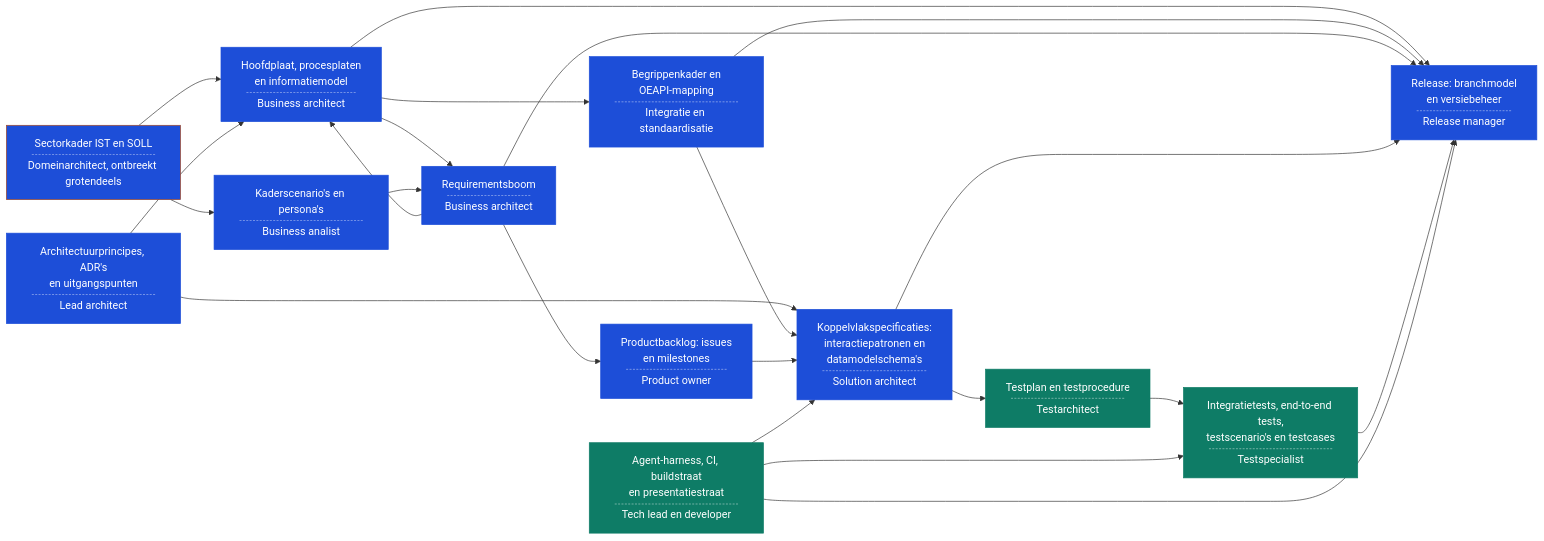
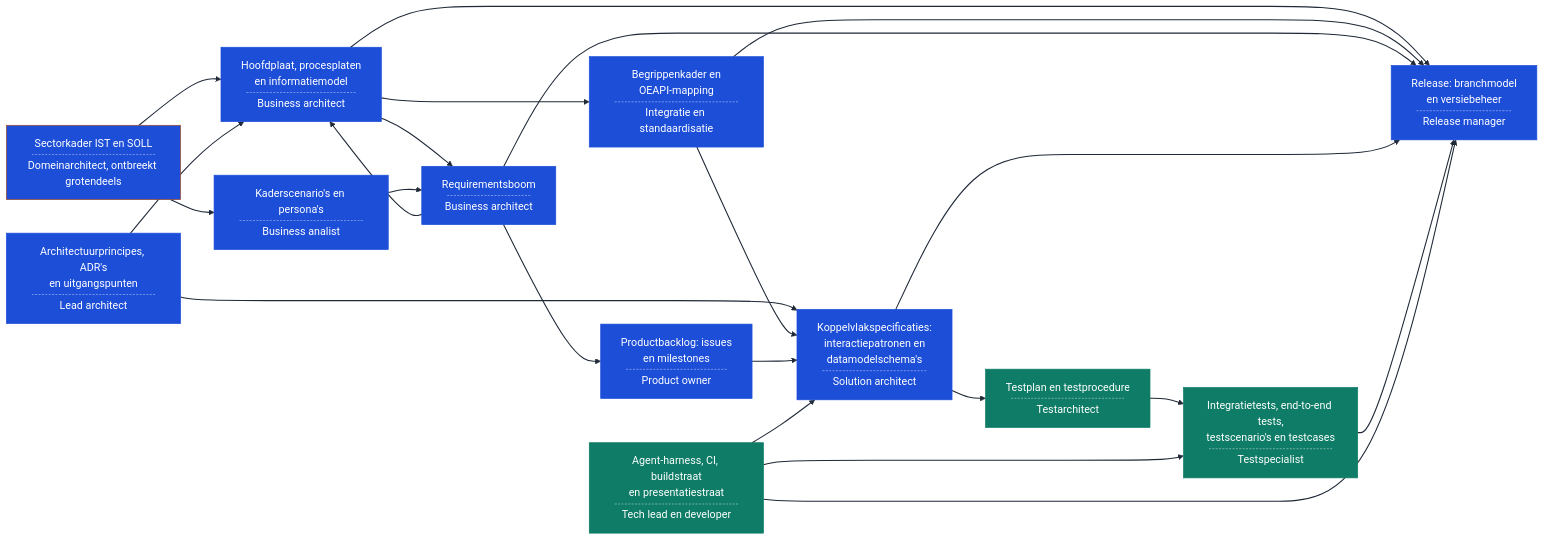
One commit to Npuls-OKx/meta changed the second of 6 diagrams in presentaties/src/260903_rollen.md. Above: the diagram before and after it, drawn with Mermaid. The commit also changed other lines of this file, not shown here.

````diff
--- a/presentaties/src/260903_rollen.md
+++ b/presentaties/src/260903_rollen.md
@@ -265,42 +265,43 @@
 ```mermaid
 flowchart LR
   SK["Sectorkader IST en SOLL<hr style="border:none;border-top:1px dashed currentColor;opacity:0.6;margin:4px 8px">Domeinarchitect, ontbreekt grotendeels"]
   AP["Architectuurprincipes, ADR's<br/>en uitgangspunten<hr style="border:none;border-top:1px dashed currentColor;opacity:0.6;margin:4px 8px">Lead architect"]
   HP["Hoofdplaat, procesplaten<br/>en informatiemodel<hr style="border:none;border-top:1px dashed currentColor;opacity:0.6;margin:4px 8px">Business architect"]
   KS["Kaderscenario's en persona's<hr style="border:none;border-top:1px dashed currentColor;opacity:0.6;margin:4px 8px">Business analist"]
   BK["Begrippenkader en<br/>OEAPI-mapping<hr style="border:none;border-top:1px dashed currentColor;opacity:0.6;margin:4px 8px">Integratie en standaardisatie"]
   RB["Requirementsboom<hr style="border:none;border-top:1px dashed currentColor;opacity:0.6;margin:4px 8px">Business architect"]
   PB["Productbacklog: issues<br/>en milestones<hr style="border:none;border-top:1px dashed currentColor;opacity:0.6;margin:4px 8px">Product owner"]
   KV["Koppelvlakspecificaties:<br/>interactiepatronen en<br/>datamodelschema's<hr style="border:none;border-top:1px dashed currentColor;opacity:0.6;margin:4px 8px">Solution architect"]
   TP["Testplan en testprocedure<hr style="border:none;border-top:1px dashed currentColor;opacity:0.6;margin:4px 8px">Testarchitect"]
   IT["Integratietests, end-to-end tests,<br/>testscenario's en testcases<hr style="border:none;border-top:1px dashed currentColor;opacity:0.6;margin:4px 8px">Testspecialist"]
   HA["Agent-harness, CI, buildstraat<br/>en presentatiestraat<hr style="border:none;border-top:1px dashed currentColor;opacity:0.6;margin:4px 8px">Tech lead en developer"]
   RE["Release: branchmodel<br/>en versiebeheer<hr style="border:none;border-top:1px dashed currentColor;opacity:0.6;margin:4px 8px">Release manager"]
   SK --> HP
   SK --> KS
   AP --> HP
   AP --> KV
   HP --> BK
   HP --> RB
   RB --> HP
   KS --> RB
   BK --> KV
   RB --> PB
   PB --> KV
   KV --> TP
   HA --> KV
   TP --> IT
   HA --> IT
   HP --> RE
   BK --> RE
   RB --> RE
   KV --> RE
   IT --> RE
   HA --> RE
+  linkStyle default stroke:#1f2937,stroke-width:1.6px
   classDef gevraagd fill:#1D4ED8,stroke:#1D4ED8,color:#ffffff
   classDef impliciet fill:#0E7C66,stroke:#0E7C66,color:#ffffff
   classDef ontbreekt fill:#1D4ED8,stroke:#A8481F,color:#ffffff
   class AP,HP,KS,BK,RB,PB,KV,RE gevraagd
   class TP,IT,HA impliciet
   class SK ontbreekt
 ```
````
